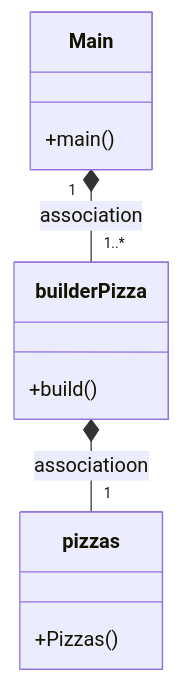
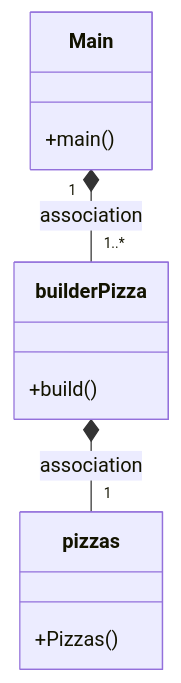
The first of 2 diagrams in README.md (JayBGB/CODBuilderPattern), drawn with Mermaid before and after one commit. The commit also changed other lines of this file, not shown here.

````diff
--- a/README.md
+++ b/README.md
@@ -8,17 +8,17 @@
 ```mermaid
     classDiagram
       Main "1" *-- "1..*" builderPizza : association
       class Main{
           +main()
       }
       class builderPizza{
           +build()
       }
       
-      builderPizza *-- "1" pizzas : associatioon
+      builderPizza *-- "1" pizzas : association
       class pizzas{
         +Pizzas()
       }
       
 
 ```
````
